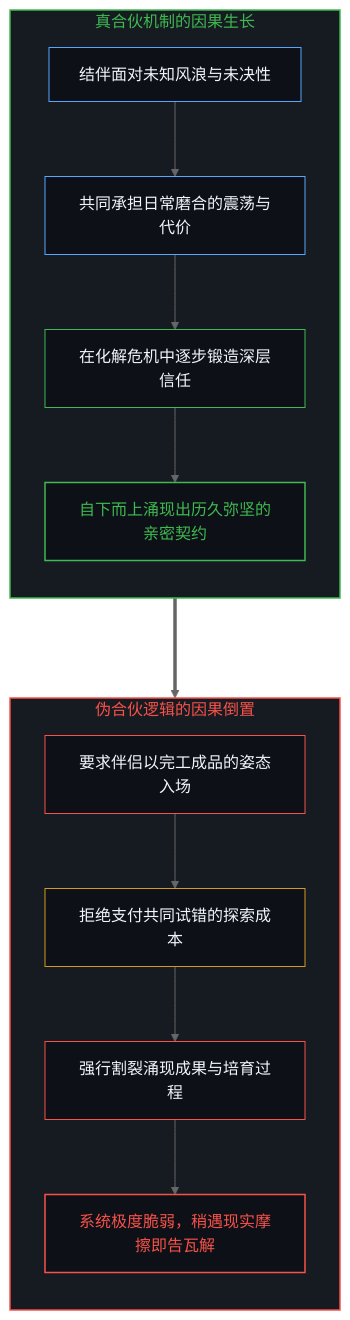
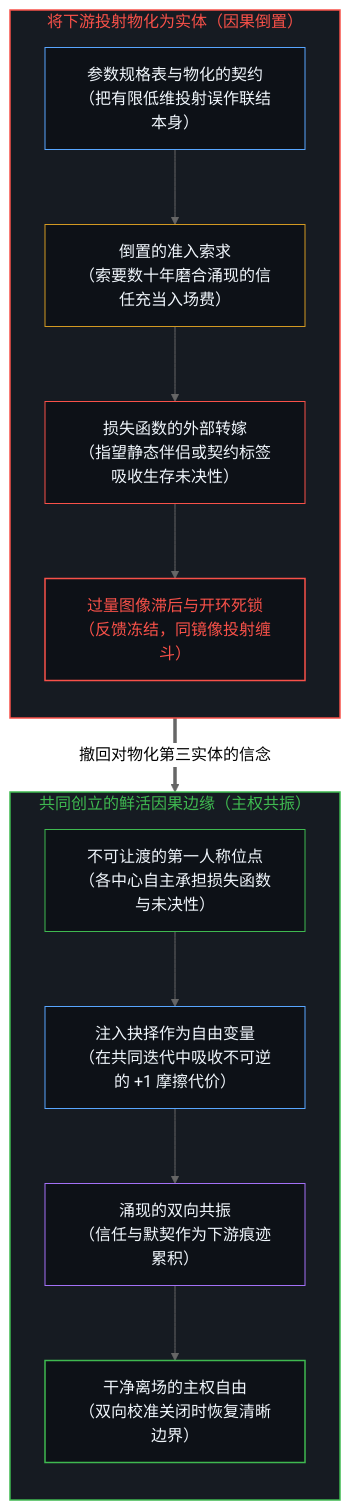
One commit to powerpig99/not-a-toe changed the first of 2 diagrams in content/posts/the-causal-inversion-of-partnership.md. Above: the diagram before and after it, drawn with Mermaid (neutral theme). The commit also changed other lines of this file and 1 other file, not shown here.

````diff
--- a/content/posts/the-causal-inversion-of-partnership.md
+++ b/content/posts/the-causal-inversion-of-partnership.md
@@ -159,29 +41,33 @@
 ```mermaid
-graph TD
-    subgraph S_GenuineCo ["真合伙机制的因果生长"]
+flowchart TD
+    subgraph S_Inverted["将下游投射物化为实体（因果倒置）"]
         direction TB
-        G_Risk["结伴面对未知风浪与未决性"] --> G_Friction["共同承担日常磨合的震荡与代价"]
-        G_Friction --> G_Trust["在化解危机中逐步锻造深层信任"]
-        G_Trust --> G_Emergence["自下而上涌现出历久弥坚的亲密契约"]
+        P_Spec["参数规格表与物化的契约<br/>（把有限低维投射误作联结本身）"]
+        P_Harvest["倒置的准入索求<br/>（索要数十年磨合涌现的信任充当入场费）"]
+        P_Outsource["损失函数的外部转嫁<br/>（指望静态伴侣或契约标签吸收生存未决性）"]
+        P_Brittle["过量图像滞后与开环死锁<br/>（反馈冻结，同镜像投射缠斗）"]
+        P_Spec --> P_Harvest --> P_Outsource --> P_Brittle
     end
 
-    subgraph S_InvertedCo ["伪合伙逻辑的因果倒置"]
+    subgraph S_Coherent["共同创立的鲜活因果边缘（主权共振）"]
         direction TB
-        P_Demand["要求伴侣以完工成品的姿态入场"] --> P_Refuse["拒绝支付共同试错的探索成本"]
-        P_Refuse --> P_Sever["强行割裂涌现成果与培育过程"]
-        P_Sever --> P_Fragility["系统极度脆弱，稍遇现实摩擦即告瓦解"]
+        E_Locus["不可让渡的第一人称位点<br/>（各中心自主承担损失函数与未决性）"]
+        E_Inject["注入抉择作为自由变量<br/>（在共同迭代中吸收不可逆的 +1 摩擦代价）"]
+        E_Resonance["涌现的双向共振<br/>（信任与默契作为下游痕迹累积）"]
+        E_Exit["干净离场的主权自由<br/>（双向校准关闭时恢复清晰边界）"]
+        E_Locus --> E_Inject --> E_Resonance --> E_Exit
     end
 
-    G_Emergence ===> P_Demand
+    P_Brittle ==>|"撤回对物化第三实体的信念"| E_Locus
 
-    style S_GenuineCo fill:#161b22,stroke:#3fb950,stroke-width:1.5px,color:#3fb950
-    style S_InvertedCo fill:#161b22,stroke:#f85149,stroke-width:1.5px,color:#f85149
-    style G_Risk fill:#0d1117,stroke:#58a6ff,stroke-width:1px,color:#f0f6fc
-    style G_Friction fill:#0d1117,stroke:#58a6ff,stroke-width:1px,color:#f0f6fc
-    style G_Trust fill:#0d1117,stroke:#3fb950,stroke-width:1px,color:#f0f6fc
-    style G_Emergence fill:#0d1117,stroke:#3fb950,stroke-width:1.5px,color:#3fb950
-    style P_Demand fill:#0d1117,stroke:#f85149,stroke-width:1px,color:#f0f6fc
-    style P_Refuse fill:#0d1117,stroke:#d29922,stroke-width:1px,color:#f0f6fc
-    style P_Sever fill:#0d1117,stroke:#f85149,stroke-width:1px,color:#f0f6fc
-    style P_Fragility fill:#0d1117,stroke:#f85149,stroke-width:1.5px,color:#f85149
+    style S_Inverted fill:#161b22,stroke:#f85149,stroke-width:1.5px,color:#f85149
+    style S_Coherent fill:#161b22,stroke:#3fb950,stroke-width:1.5px,color:#3fb950
+    style P_Spec fill:#0d1117,stroke:#58a6ff,stroke-width:1px,color:#f0f6fc
+    style P_Harvest fill:#0d1117,stroke:#d29922,stroke-width:1px,color:#f0f6fc
+    style P_Outsource fill:#0d1117,stroke:#f85149,stroke-width:1px,color:#f0f6fc
+    style P_Brittle fill:#0d1117,stroke:#f85149,stroke-width:1.5px,color:#f85149
+    style E_Locus fill:#0d1117,stroke:#3fb950,stroke-width:1px,color:#f0f6fc
+    style E_Inject fill:#0d1117,stroke:#58a6ff,stroke-width:1px,color:#f0f6fc
+    style E_Resonance fill:#0d1117,stroke:#a371f7,stroke-width:1px,color:#f0f6fc
+    style E_Exit fill:#0d1117,stroke:#3fb950,stroke-width:1.5px,color:#f0f6fc
 ```
````
